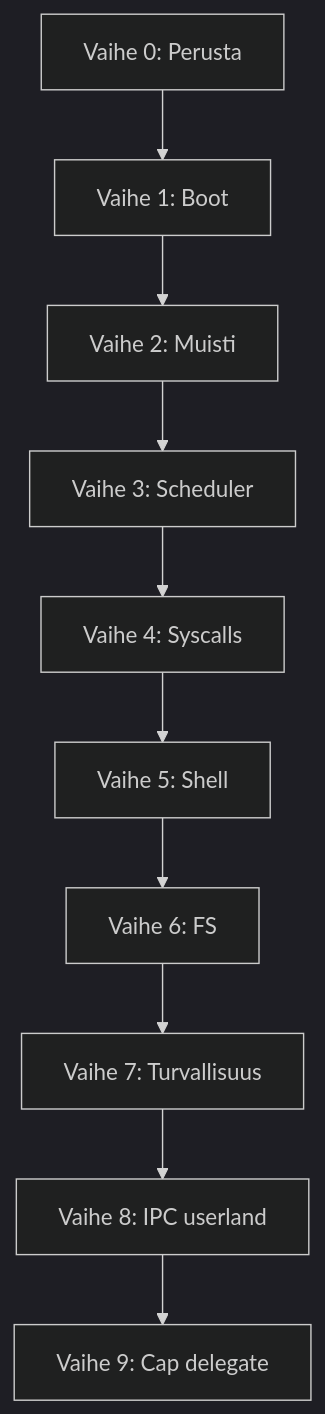
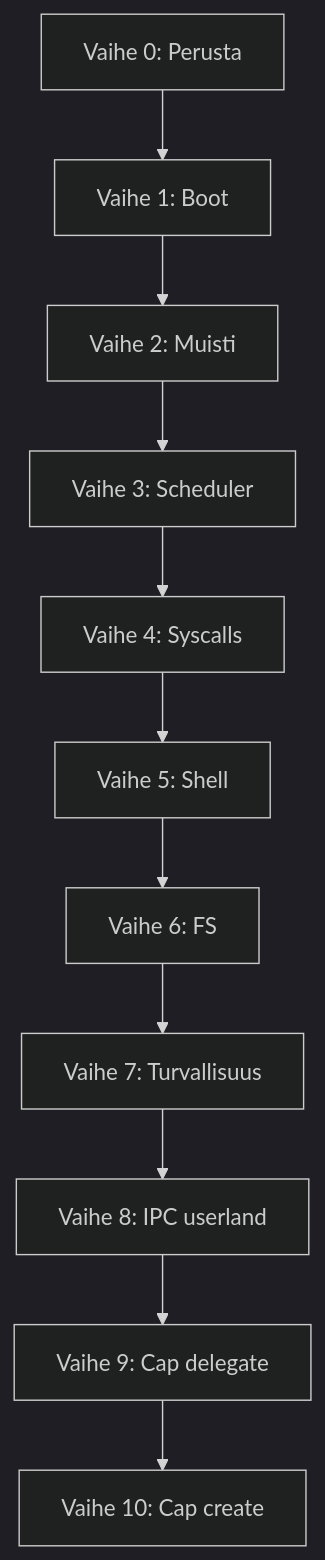
One commit to Mikko-Huuskonen-Pro/Zinux changed the diagram in docs/ROADMAP.md. Above: the diagram before and after it, drawn with Mermaid (dark theme). The commit also changed other lines of this file and 17 other files, not shown here.

First line of the commit message:
Phase 10: sys_cap_create and userland cap.createPort

````diff
--- a/docs/ROADMAP.md
+++ b/docs/ROADMAP.md
@@ -180,12 +197,13 @@
 ```mermaid
 graph TD
     V0[Vaihe 0: Perusta] --> V1[Vaihe 1: Boot]
     V1 --> V2[Vaihe 2: Muisti]
     V2 --> V3[Vaihe 3: Scheduler]
     V3 --> V4[Vaihe 4: Syscalls]
     V4 --> V5[Vaihe 5: Shell]
     V5 --> V6[Vaihe 6: FS]
     V6 --> V7[Vaihe 7: Turvallisuus]
     V7 --> V8[Vaihe 8: IPC userland]
     V8 --> V9[Vaihe 9: Cap delegate]
+    V9 --> V10[Vaihe 10: Cap create]
 ```
````
